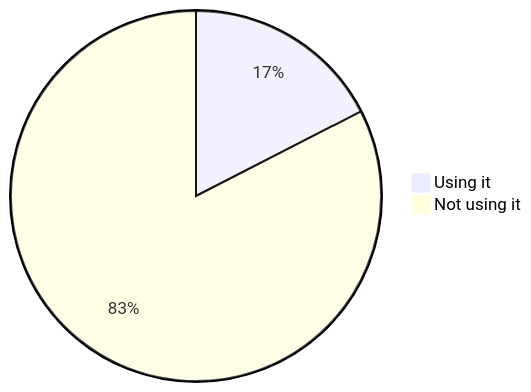
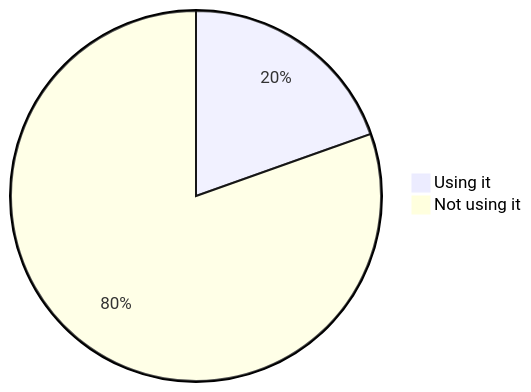
One commit to oshp/oshp-stats changed diagram 13 of 22 in stats.md. Above: the diagram before and after it, drawn with Mermaid. The commit also changed other lines of this file, not shown here.

````diff
--- a/stats.md
+++ b/stats.md
@@ -154,6 +154,6 @@
 ```mermaid
 pie
-	"Using it" : 17.46
-	"Not using it" : 82.54
+	"Using it" : 19.57
+	"Not using it" : 80.43
 
 ```
````
